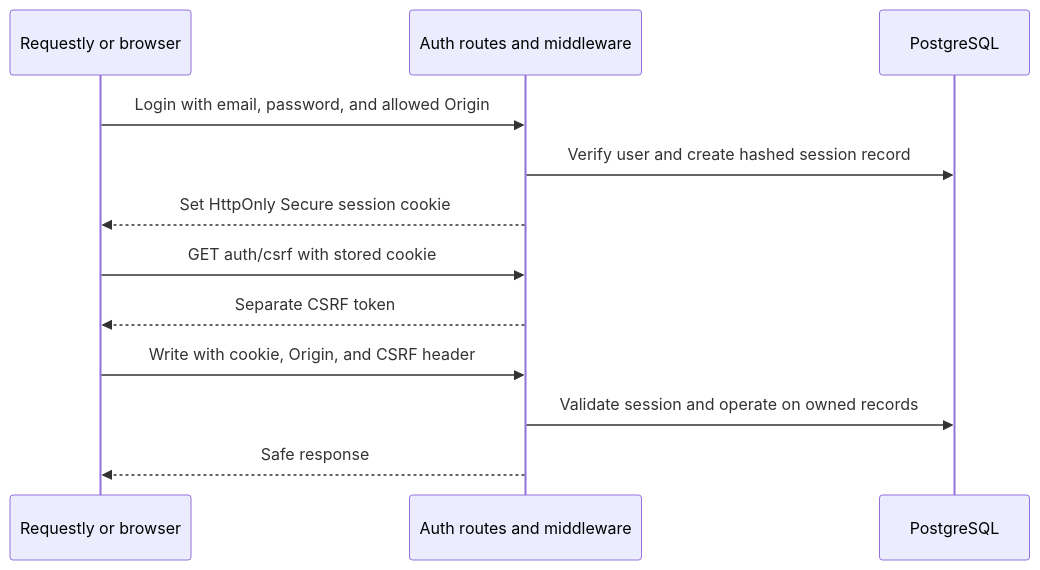
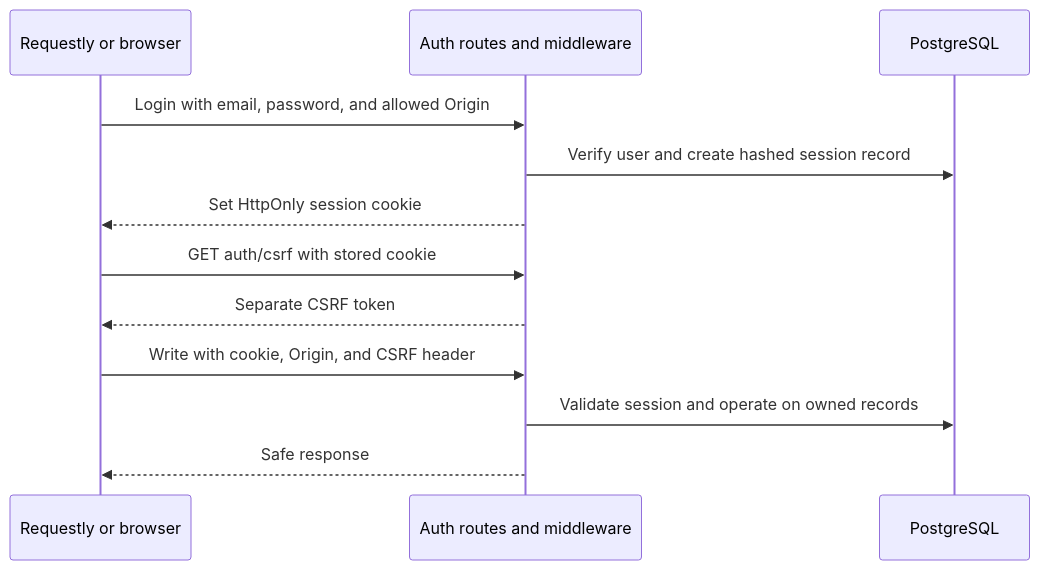
One commit to jaminwebdev/hono-drizzle-api changed the fifth of 5 diagrams in sessions/001_fresh_start/01-architect-todos.md. Above: the diagram before and after it, drawn with Mermaid. The commit also changed other lines of this file and 2 other files, not shown here.

````diff
--- a/sessions/001_fresh_start/01-architect-todos.md
+++ b/sessions/001_fresh_start/01-architect-todos.md
@@ -438,14 +438,14 @@
 ```mermaid
 sequenceDiagram
     participant Client as Requestly or browser
     participant API as Auth routes and middleware
     participant DB as PostgreSQL
     Client->>API: Login with email, password, and allowed Origin
     API->>DB: Verify user and create hashed session record
-    API-->>Client: Set HttpOnly Secure session cookie
+    API-->>Client: Set HttpOnly session cookie
     Client->>API: GET auth/csrf with stored cookie
     API-->>Client: Separate CSRF token
     Client->>API: Write with cookie, Origin, and CSRF header
     API->>DB: Validate session and operate on owned records
     API-->>Client: Safe response
 ```
````
